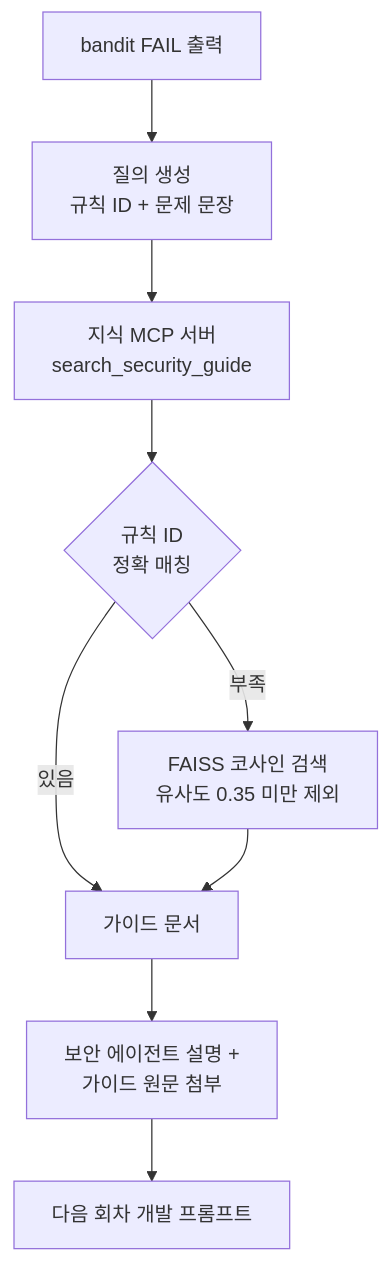
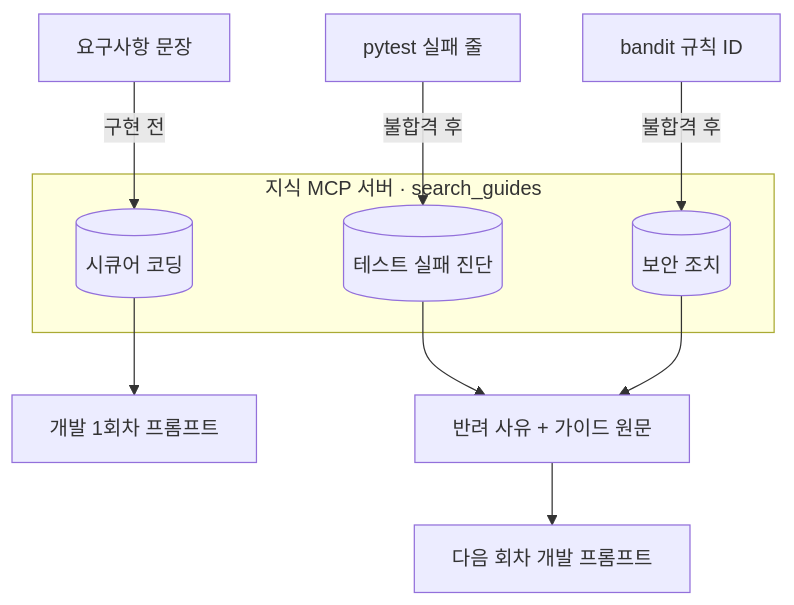
The second of 3 diagrams in README.md (skeey66/V-SI), drawn with Mermaid before and after one commit. The commit also changed other lines of this file, not shown here.

````diff
--- a/README.md
+++ b/README.md
@@ -115,11 +128,15 @@
 ```mermaid
 flowchart TD
-    B[bandit FAIL 출력] --> QY[질의 생성<br/>규칙 ID + 문제 문장]
-    QY --> MCP[지식 MCP 서버<br/>search_security_guide]
-    MCP --> X{규칙 ID<br/>정확 매칭}
-    X -- 있음 --> H[가이드 문서]
-    X -- 부족 --> V[FAISS 코사인 검색<br/>유사도 0.35 미만 제외]
-    V --> H
-    H --> SUM[보안 에이전트 설명 +<br/>가이드 원문 첨부]
-    SUM --> DEV[다음 회차 개발 프롬프트]
+    R[요구사항 문장] -->|구현 전| SC[(시큐어 코딩)]
+    SC --> DEV[개발 1회차 프롬프트]
+    QF[pytest 실패 줄] -->|불합격 후| QA[(테스트 실패 진단)]
+    BF[bandit 규칙 ID] -->|불합격 후| SE[(보안 조치)]
+    QA --> FB[반려 사유 + 가이드 원문]
+    SE --> FB
+    FB --> DEV2[다음 회차 개발 프롬프트]
+    subgraph 검색 [지식 MCP 서버 · search_guides]
+      SC
+      QA
+      SE
+    end
 ```
````
